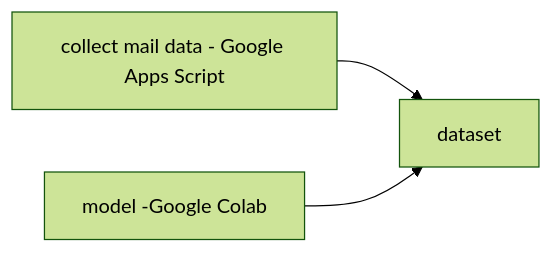
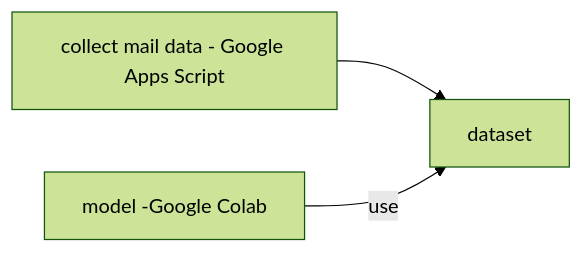
The second of 2 diagrams in README.md (kiibo382/mail_classification), drawn with Mermaid (forest theme) before and after one commit.

````diff
--- a/README.md
+++ b/README.md
@@ -11,5 +11,5 @@
 ```mermaid
 graph LR
     A[collect mail data - Google Apps Script] --> B[dataset]
-    D[model -Google Colab] --> B
+    D[model -Google Colab] --> |use| B
 ```
````
